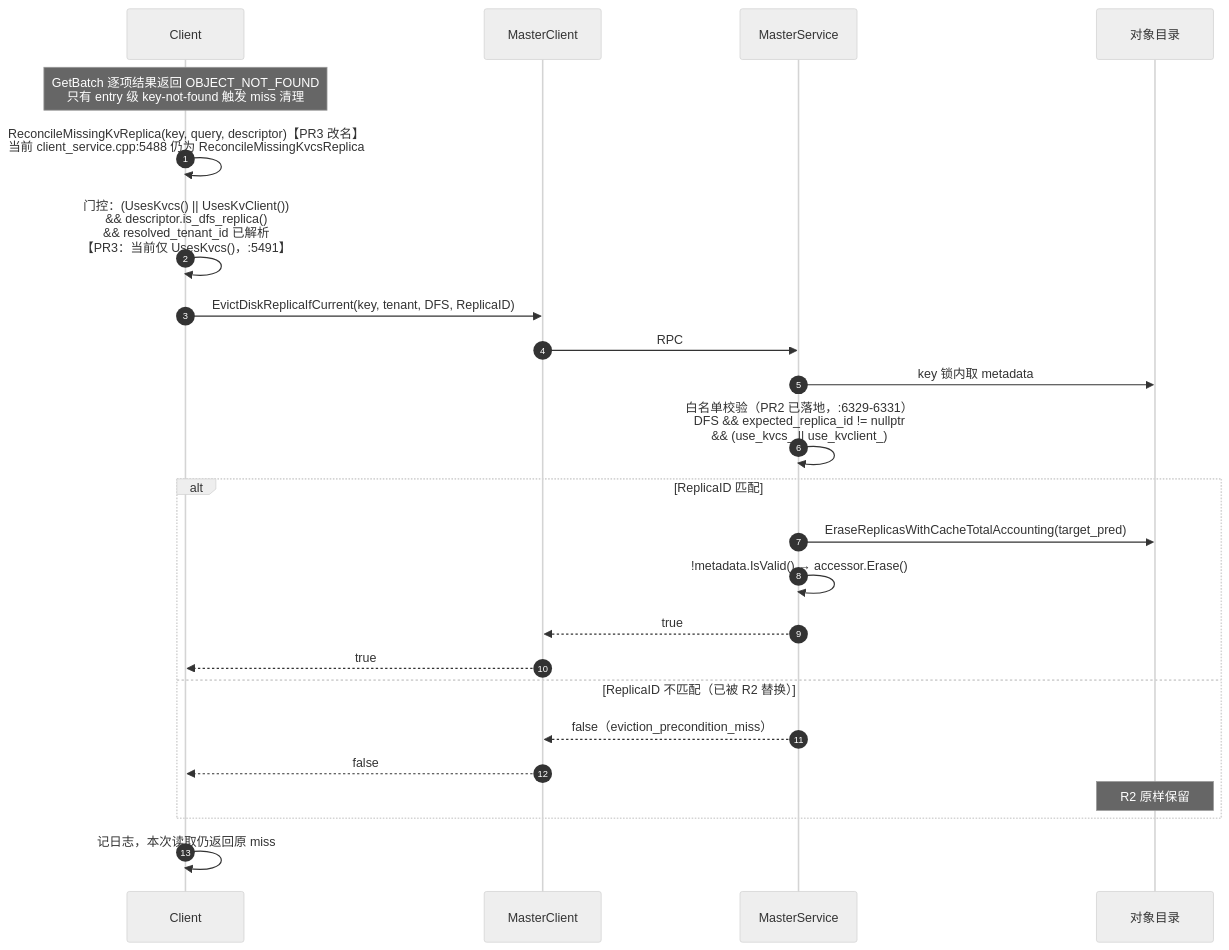
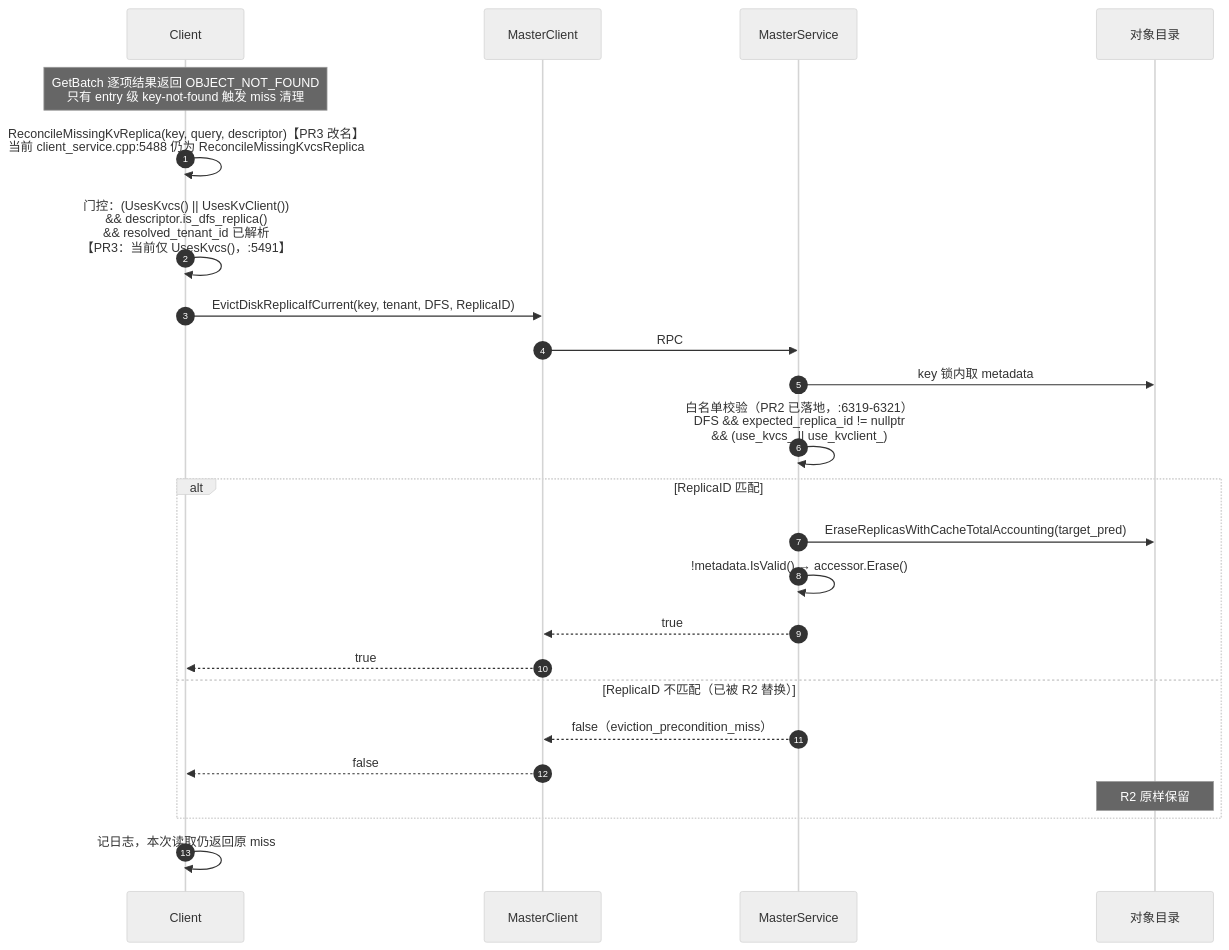
Diagram 12 of 13 in Mooncake + KVClient L3 接入（Kvcs）- v3.md (zwj20000328-dotcom/Mooncake-documents), drawn with Mermaid (neutral theme) before and after one commit. The commit also changed other lines of this file and 3 other files, not shown here.

````diff
--- a/Mooncake + KVClient L3 接入（Kvcs）- v3.md
+++ b/Mooncake + KVClient L3 接入（Kvcs）- v3.md
@@ -868,27 +867,27 @@
 ```mermaid
 sequenceDiagram
     autonumber
     participant C as Client
     participant MC as MasterClient
     participant M as MasterService
     participant META as 对象目录
 
     Note over C: GetBatch 逐项结果返回 OBJECT_NOT_FOUND<br/>只有 entry 级 key-not-found 触发 miss 清理
     C->>C: ReconcileMissingKvReplica(key, query, descriptor)【PR3 改名】<br/>当前 client_service.cpp:5488 仍为 ReconcileMissingKvcsReplica
     C->>C: 门控：(UsesKvcs() || UsesKvClient())<br/>&& descriptor.is_dfs_replica()<br/>&& resolved_tenant_id 已解析<br/>【PR3：当前仅 UsesKvcs()，:5491】
     C->>MC: EvictDiskReplicaIfCurrent(key, tenant, DFS, ReplicaID)
     MC->>M: RPC
     M->>META: key 锁内取 metadata
-    M->>M: 白名单校验（PR2 已落地，:6329-6331）<br/>DFS && expected_replica_id != nullptr<br/>&& (use_kvcs_ || use_kvclient_)
+    M->>M: 白名单校验（PR2 已落地，:6319-6321）<br/>DFS && expected_replica_id != nullptr<br/>&& (use_kvcs_ || use_kvclient_)
     alt ReplicaID 匹配
         M->>META: EraseReplicasWithCacheTotalAccounting(target_pred)
         M->>M: !metadata.IsValid() → accessor.Erase()
         M-->>MC: true
         MC-->>C: true
     else ReplicaID 不匹配（已被 R2 替换）
         M-->>MC: false（eviction_precondition_miss）
         MC-->>C: false
         Note over META: R2 原样保留
     end
     C->>C: 记日志，本次读取仍返回原 miss
 ```
````
